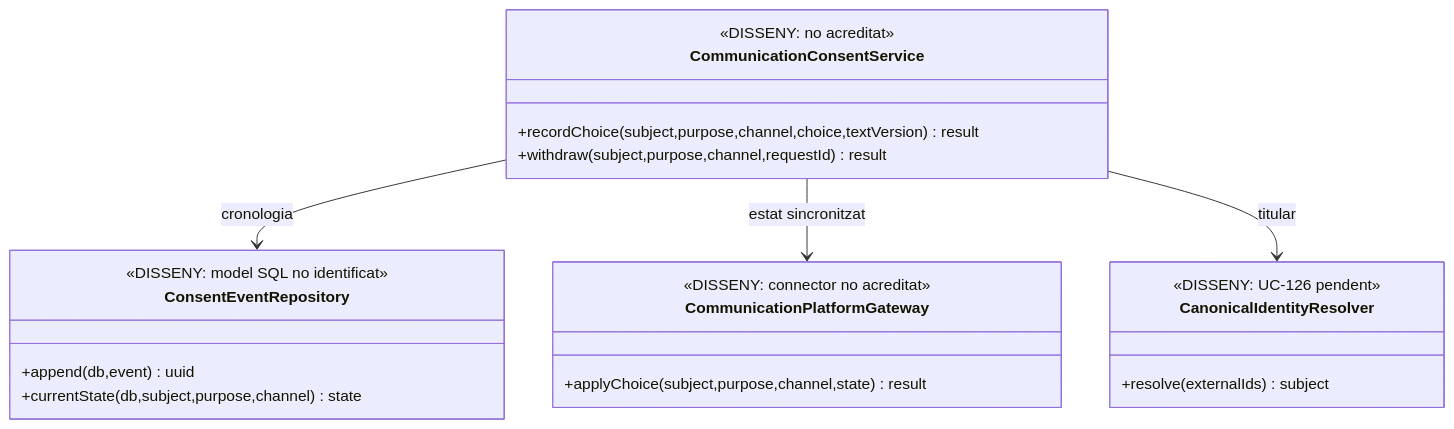
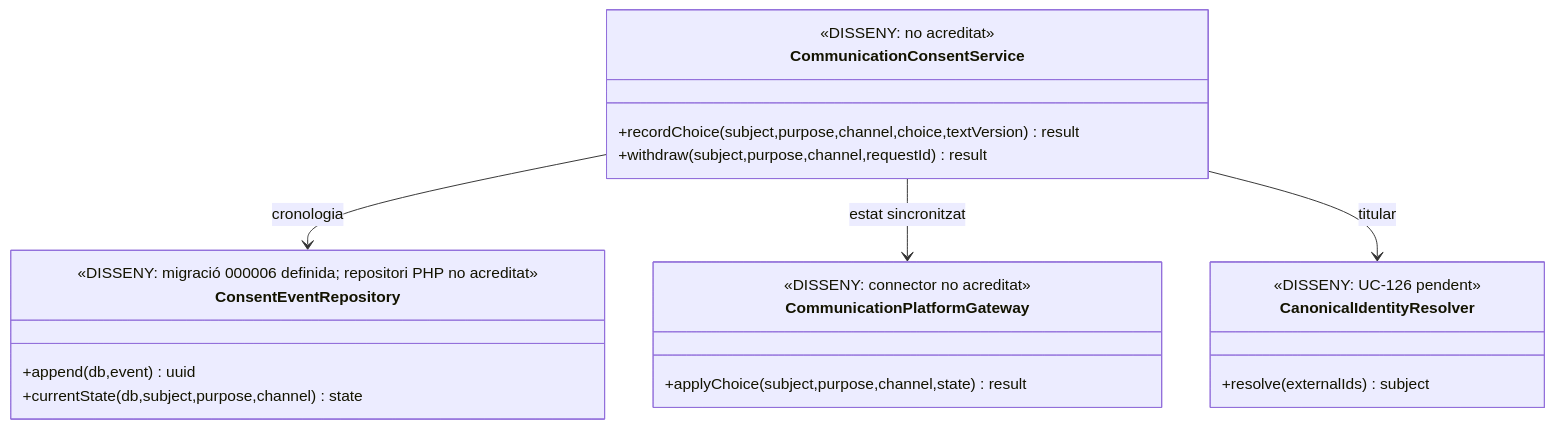
The second of 3 diagrams in documentacio/07-uml-integrat/uc-125-consentiment-comunicacions-separat.md (orgmeriemprismacat-del/verifactu), drawn with Mermaid before and after one commit. The commit also changed other lines of this file, not shown here.

Commit message:
docs: reconcile UC notes with current PHP and consent SQL evidence

````diff
--- a/documentacio/07-uml-integrat/uc-125-consentiment-comunicacions-separat.md
+++ b/documentacio/07-uml-integrat/uc-125-consentiment-comunicacions-separat.md
@@ -90,24 +90,24 @@
 ```mermaid
 classDiagram
 class CommunicationConsentService {
  <<DISSENY: no acreditat>>
  +recordChoice(subject,purpose,channel,choice,textVersion) result
  +withdraw(subject,purpose,channel,requestId) result
 }
 class ConsentEventRepository {
- <<DISSENY: model SQL no identificat>>
+ <<DISSENY: migració 000006 definida; repositori PHP no acreditat>>
  +append(db,event) uuid
  +currentState(db,subject,purpose,channel) state
 }
 class CommunicationPlatformGateway {
  <<DISSENY: connector no acreditat>>
  +applyChoice(subject,purpose,channel,state) result
 }
 class CanonicalIdentityResolver {
  <<DISSENY: UC-126 pendent>>
  +resolve(externalIds) subject
 }
 CommunicationConsentService --> ConsentEventRepository : cronologia
 CommunicationConsentService --> CommunicationPlatformGateway : estat sincronitzat
 CommunicationConsentService --> CanonicalIdentityResolver : titular
 ```
````
